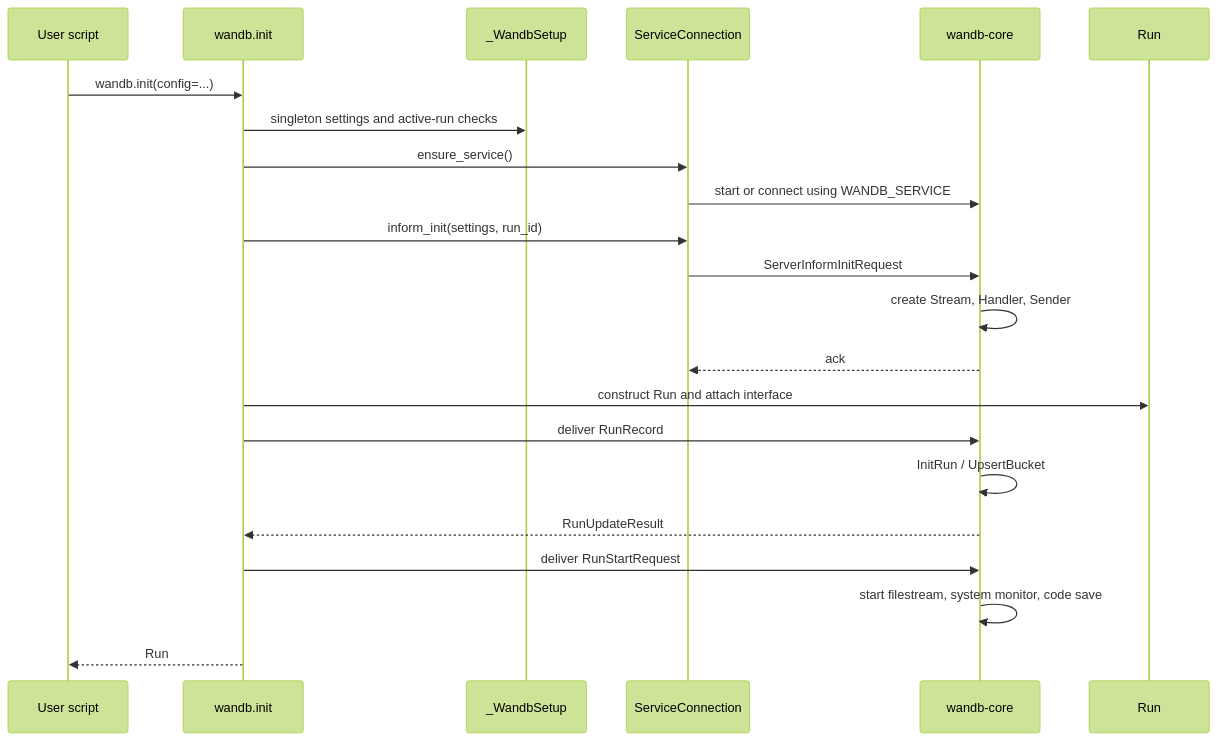
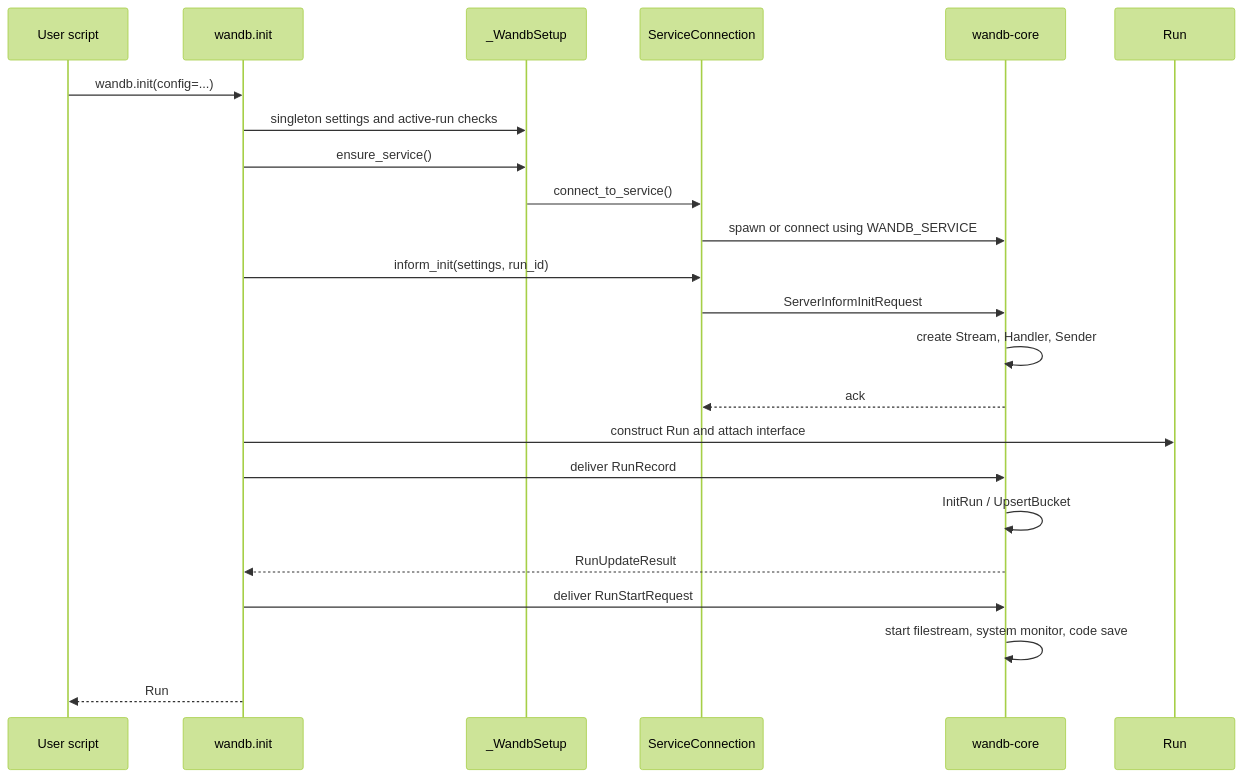
Before and after one commit to wandb/wandb: the second of 3 diagrams in docs/sdk/architecture.md, drawn with Mermaid (forest theme). The commit also changed other lines of this file and 4 other files, not shown here.

````diff
--- a/docs/sdk/architecture.md
+++ b/docs/sdk/architecture.md
@@ -101,25 +101,26 @@
 ```mermaid
 sequenceDiagram
     participant U as User script
     participant I as wandb.init
     participant S as _WandbSetup
     participant C as ServiceConnection
     participant G as wandb-core
     participant R as Run
 
     U->>I: wandb.init(config=...)
     I->>S: singleton settings and active-run checks
-    I->>C: ensure_service()
-    C->>G: start or connect using WANDB_SERVICE
+    I->>S: ensure_service()
+    S->>C: connect_to_service()
+    C->>G: spawn or connect using WANDB_SERVICE
     I->>C: inform_init(settings, run_id)
     C->>G: ServerInformInitRequest
     G->>G: create Stream, Handler, Sender
     G-->>C: ack
     I->>R: construct Run and attach interface
     I->>G: deliver RunRecord
     G->>G: InitRun / UpsertBucket
     G-->>I: RunUpdateResult
     I->>G: deliver RunStartRequest
     G->>G: start filestream, system monitor, code save
     I-->>U: Run
 ```
````
